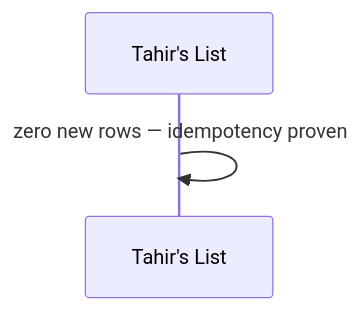
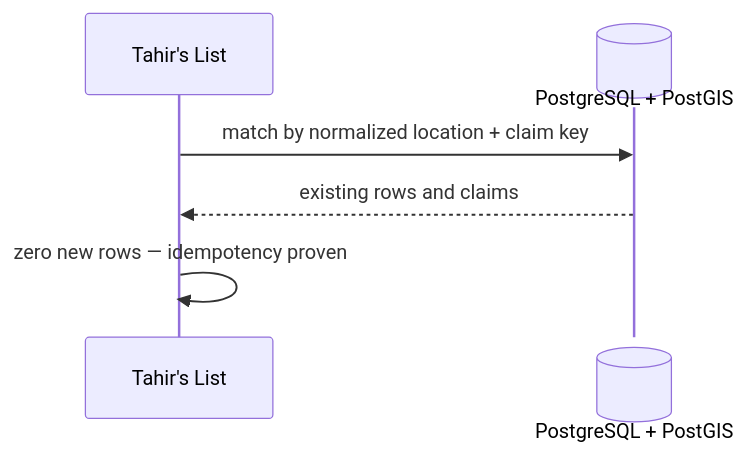
One commit to Losers-Lab/tahirs-list changed the third of 8 diagrams in docs/features/SC-211/04-blackbox/UC-03-load-reviewed-batch.md. Above: the diagram before and after it, drawn with Mermaid. The commit also changed other lines of this file and 7 other files, not shown here.

````diff
--- a/docs/features/SC-211/04-blackbox/UC-03-load-reviewed-batch.md
+++ b/docs/features/SC-211/04-blackbox/UC-03-load-reviewed-batch.md
@@ -34,5 +36,8 @@
 ```mermaid
 sequenceDiagram
   participant TL as Tahir's List
+  participant DB@{ "type": "database" } as PostgreSQL + PostGIS
+  TL->>DB: match by normalized location + claim key
+  DB-->>TL: existing rows and claims
   TL->>TL: zero new rows — idempotency proven
 ```
````
